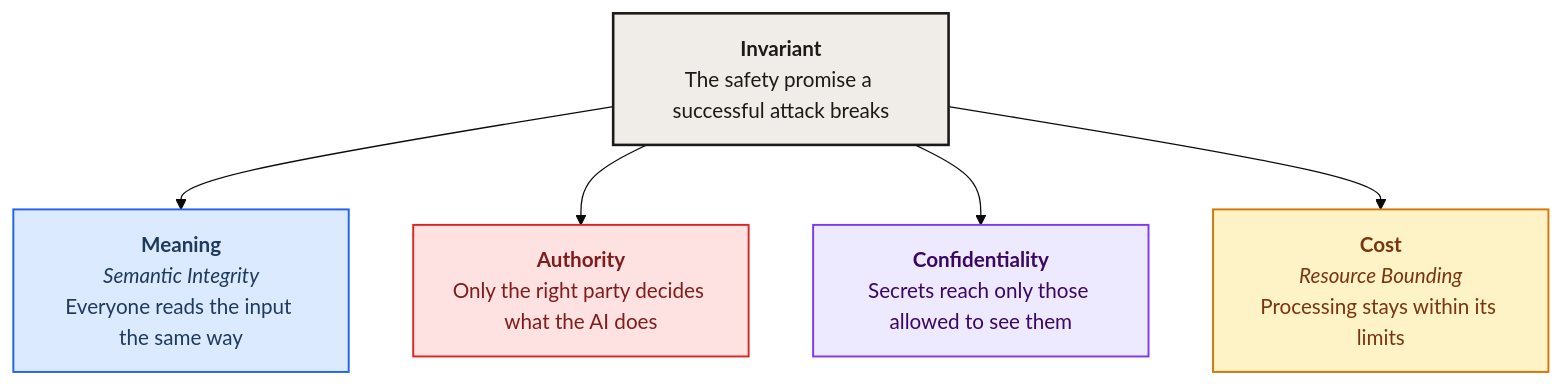
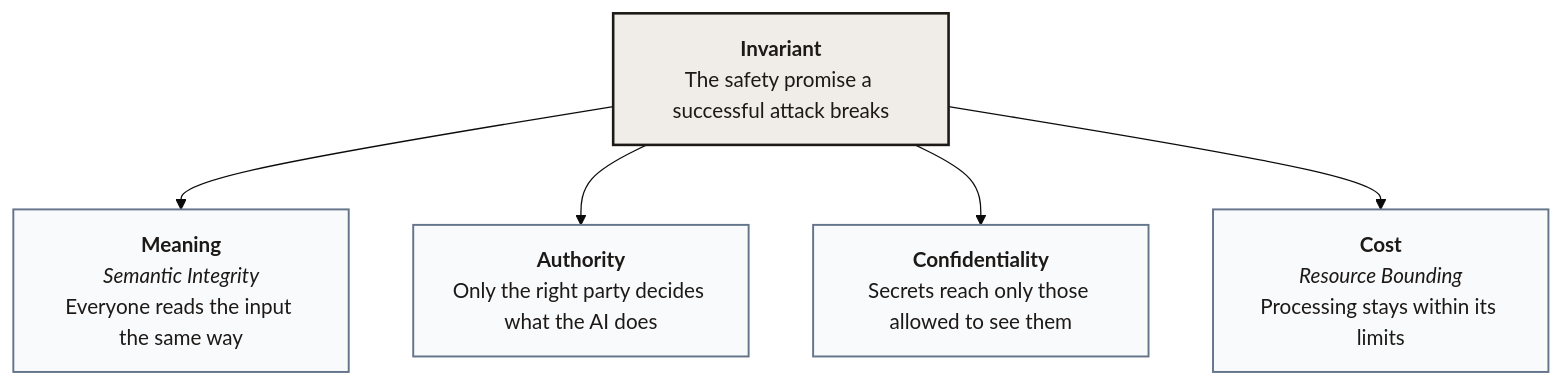
One commit to cosai-oasis/ws4-secure-design-agentic-systems changed the fourth of 26 diagrams in whitepapers/modality_agnostic_taxonomy.md. Above: the diagram before and after it, drawn with Mermaid (base theme). The commit also changed other lines of this file, not shown here.

````diff
--- a/whitepapers/modality_agnostic_taxonomy.md
+++ b/whitepapers/modality_agnostic_taxonomy.md
@@ -324,21 +310,15 @@
 ```mermaid
 flowchart TD
     ROOT["<b>Invariant</b><br/>The safety promise a successful attack breaks"]
 
     ROOT --> ME["<b>Meaning</b><br/><i>Semantic Integrity</i><br/>Everyone reads the input the same way"]
     ROOT --> AU["<b>Authority</b><br/>Only the right party decides what the AI does"]
     ROOT --> CO["<b>Confidentiality</b><br/>Secrets reach only those allowed to see them"]
     ROOT --> CS["<b>Cost</b><br/><i>Resource Bounding</i><br/>Processing stays within its limits"]
 
     classDef root fill:#f0ede8,stroke:#1c1917,stroke-width:2px,color:#1c1917
-    classDef meaning fill:#dbeafe,stroke:#2563eb,stroke-width:1.5px,color:#1e3a5f
-    classDef authority fill:#fee2e2,stroke:#dc2626,stroke-width:1.5px,color:#7f1d1d
-    classDef confid fill:#ede9fe,stroke:#7c3aed,stroke-width:1.5px,color:#3b0764
-    classDef cost fill:#fef3c7,stroke:#d97706,stroke-width:1.5px,color:#78350f
+    classDef branch fill:#f8fafc,stroke:#64748b,stroke-width:1.5px,color:#1c1917
 
     class ROOT root
-    class ME meaning
-    class AU authority
-    class CO confid
-    class CS cost
+    class ME,AU,CO,CS branch
 ```
````
